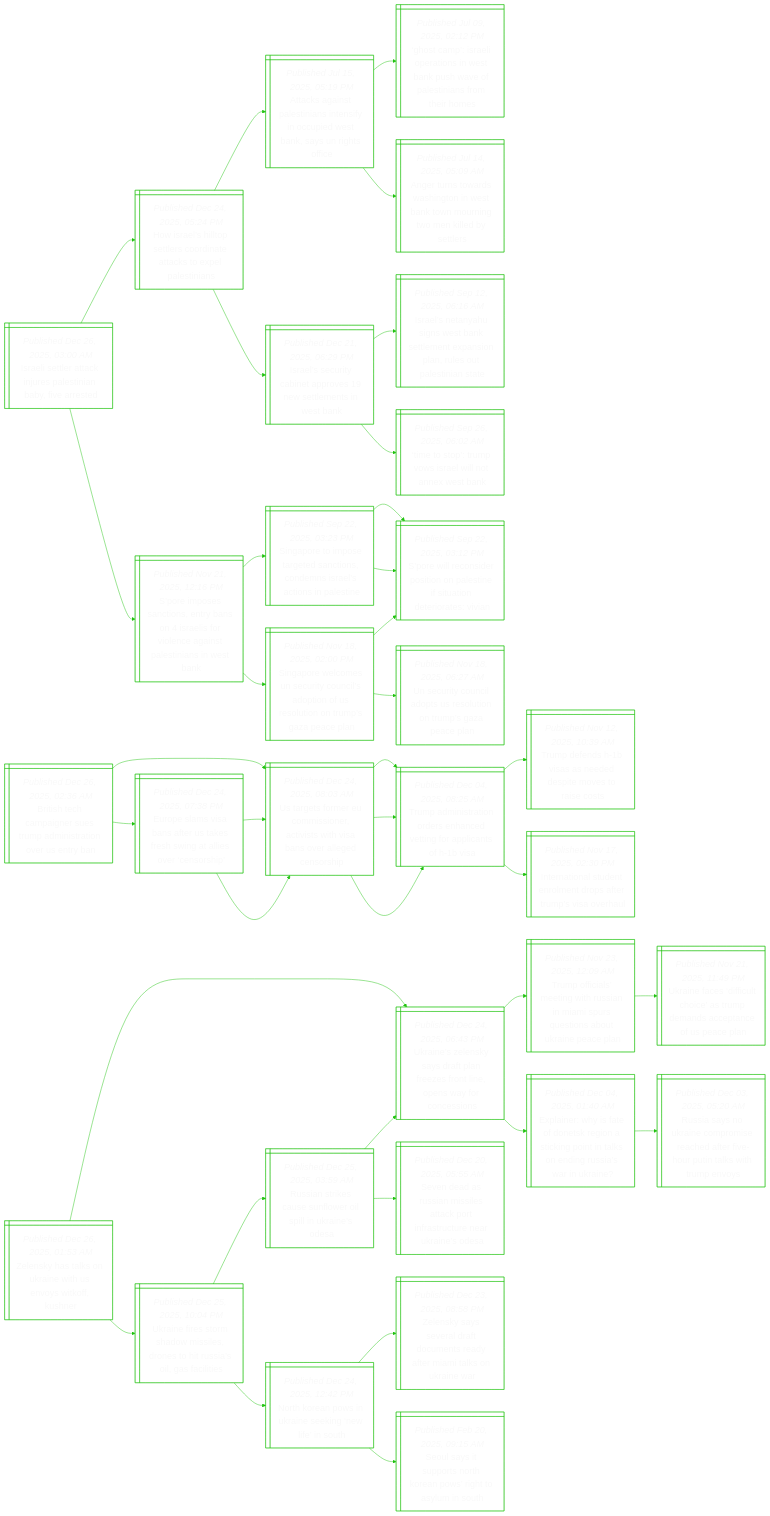
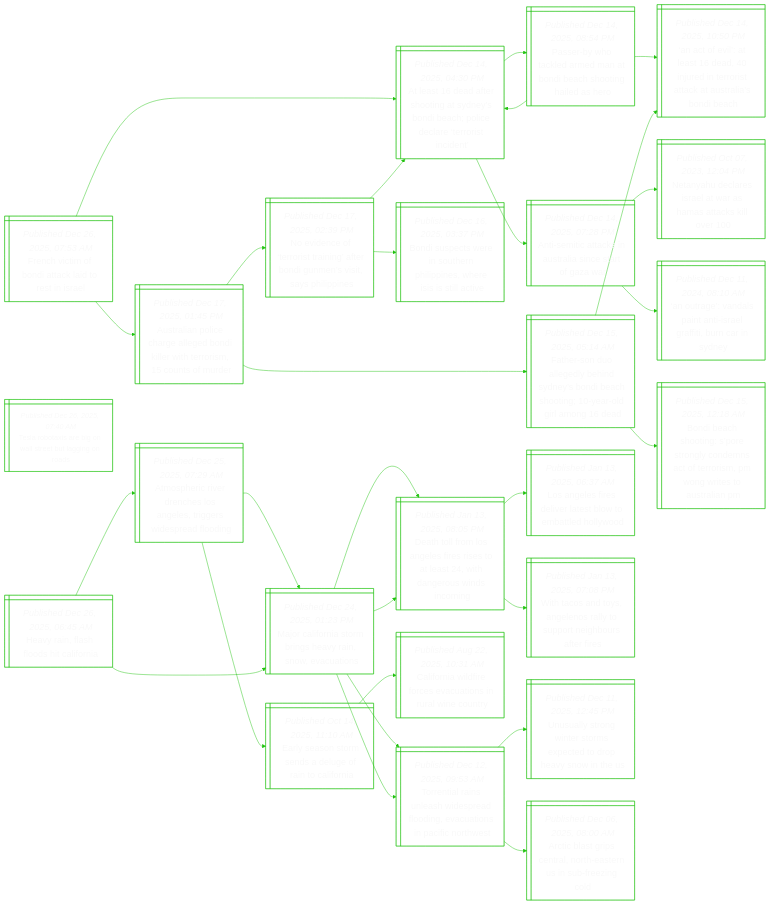
Before and after one commit to notJmes/notJmes: the diagram in README.md, drawn with Mermaid. The commit also changed other lines of this file, not shown here.

````diff
--- a/README.md
+++ b/README.md
@@ -16,121 +16,97 @@
 flowchart LR
 classDef txtsize font-size:20px;
 
-Ilttieeibes@{ shape: win-pane, label: "_Published Dec 26, 2025, 03:00 AM_
-Israeli settler attack injures palestinian baby, five arrested" }
-Hrhotciakxais@{ shape: win-pane, label: "_Published Dec 24, 2025, 05:24 PM_
-How israel’s hilltop settlers coordinate attacks to expel palestinians" }
-AkiaisniuWayioe@{ shape: win-pane, label: "_Published Jul 15, 2025, 05:19 PM_
-Attacks against palestinians intensify in occupied west bank, says un rights office" }
-Gcsiasskwfsaoie@{ shape: win-pane, label: "_Published Jul 09, 2025, 02:12 PM_
-‘ghost camp’: israeli operations in west bank push wave of palestinians from their homes" }
-Attdhoennnwkdts@{ shape: win-pane, label: "_Published Jul 14, 2025, 05:09 AM_
-Anger turns towards washington in west bank town mourning two men killed by settlers" }
-IluCerntenB@{ shape: win-pane, label: "_Published Dec 21, 2025, 06:29 PM_
-Israel’s security cabinet approves 19 new settlements in west bank" }
-IlausBemxiaePtne@{ shape: win-pane, label: "_Published Sep 12, 2025, 06:16 AM_
-Israel’s netanyahu signs west bank settlement expansion plan, rules out palestinian state" }
-ToTvswoet@{ shape: win-pane, label: "_Published Sep 26, 2025, 06:02 AM_
-‘time to stop’: trump vows israel will not annex west bank" }
-Siecsyoafoenlnit@{ shape: win-pane, label: "_Published Nov 21, 2025, 12:16 PM_
-S’pore imposes sanctions, entry bans on 4 israelis for violence against palestinians in west bank" }
-Sposgsionacsln@{ shape: win-pane, label: "_Published Sep 22, 2025, 03:23 PM_
-Singapore to impose targeted sanctions, condemns israel’s actions in palestine" }
-Sweiooaisteosa@{ shape: win-pane, label: "_Published Sep 22, 2025, 03:12 PM_
-S’pore will reconsider position on palestine if situation deteriorates: vivian" }
-Sweiooaisteosa@{ shape: win-pane, label: "_Published Sep 22, 2025, 03:12 PM_
-S’pore will reconsider position on palestine if situation deteriorates: vivian" }
-SpeeetnaiUoorGel@{ shape: win-pane, label: "_Published Nov 18, 2025, 02:00 PM_
-Singapore welcomes un security council’s adoption of us resolution on trump’s gaza peace plan" }
-UuCipruomzcn@{ shape: win-pane, label: "_Published Nov 18, 2025, 06:27 AM_
-Un security council adopts us resolution on trump’s gaza peace plan" }
-Sweiooaisteosa@{ shape: win-pane, label: "_Published Sep 22, 2025, 03:12 PM_
-S’pore will reconsider position on palestine if situation deteriorates: vivian" }
+Fhiotloia@{ shape: win-pane, label: "_Published Dec 26, 2025, 07:53 AM_
+French victim of bondi attack laid to rest in israel" }
+Asdrttenaleeoie@{ shape: win-pane, label: "_Published Dec 14, 2025, 04:30 PM_
+At least 16 dead after shooting at sydney’s bondi beach; police declare ‘terrorist incident’" }
+Prolmnnaogee@{ shape: win-pane, label: "_Published Dec 14, 2025, 08:54 PM_
+Passer-by who tackled armed man at bondi beach shooting hailed as hero" }
+Asdrttenaleeoie@{ shape: win-pane, label: "_Published Dec 14, 2025, 04:30 PM_
+At least 16 dead after shooting at sydney’s bondi beach; police declare ‘terrorist incident’" }
+Aolaaunoaksina@{ shape: win-pane, label: "_Published Dec 14, 2025, 10:50 PM_
+‘an act of evil’: at least 16 dead, 40 injured in terrorist attack at australia’s bondi beach" }
+AeccAaitfw@{ shape: win-pane, label: "_Published Dec 14, 2025, 07:28 PM_
+Anti-semitic attacks in australia since start of gaza war" }
+NyeeawHakl@{ shape: win-pane, label: "_Published Oct 07, 2023, 12:04 PM_
+Netanyahu declares israel at war as hamas attacks kill over 100" }
+ArastIlfurd@{ shape: win-pane, label: "_Published Dec 11, 2024, 08:10 AM_
+‘an outrage’: vandals paint anti-israel graffiti, burn car in sydney" }
+Aapegeoiweiufe@{ shape: win-pane, label: "_Published Dec 17, 2025, 01:45 PM_
+Australian police charge alleged bondi killer with terrorism, 15 counts of murder" }
+Frueynnoehnrioa@{ shape: win-pane, label: "_Published Dec 15, 2025, 05:14 AM_
+Father-son duo allegedly behind sydney’s bondi beach shooting; 10-year-old girl among 16 dead" }
+Aolaaunoaksina@{ shape: win-pane, label: "_Published Dec 14, 2025, 10:50 PM_
+‘an act of evil’: at least 16 dead, 40 injured in terrorist attack at australia’s bondi beach" }
+BBsioryeceiWrtta@{ shape: win-pane, label: "_Published Dec 15, 2025, 12:18 AM_
+Bondi beach shooting: s’pore strongly condemns act of terrorism, pm wong writes to australian pm" }
+NdortnfoustPps@{ shape: win-pane, label: "_Published Dec 17, 2025, 02:39 PM_
+No evidence of ‘terrorist training’ after bondi gunmen’s visit, says philippines" }
+Asdrttenaleeoie@{ shape: win-pane, label: "_Published Dec 14, 2025, 04:30 PM_
+At least 16 dead after shooting at sydney’s bondi beach; police declare ‘terrorist incident’" }
+BscrorlneItc@{ shape: win-pane, label: "_Published Dec 16, 2025, 03:37 PM_
+Bondi suspects were in southern philippines, where isis is still active" }
 
-Ilttieeibes:::txtsize --> Hrhotciakxais:::txtsize
-Hrhotciakxais:::txtsize --> AkiaisniuWayioe:::txtsize
-AkiaisniuWayioe:::txtsize --> Gcsiasskwfsaoie:::txtsize
-AkiaisniuWayioe:::txtsize --> Attdhoennnwkdts:::txtsize
-Hrhotciakxais:::txtsize --> IluCerntenB:::txtsize
-IluCerntenB:::txtsize --> IlausBemxiaePtne:::txtsize
-IluCerntenB:::txtsize --> ToTvswoet:::txtsize
-Ilttieeibes:::txtsize --> Siecsyoafoenlnit:::txtsize
-Siecsyoafoenlnit:::txtsize --> Sposgsionacsln:::txtsize
-Sposgsionacsln:::txtsize --> Sweiooaisteosa:::txtsize
-Sposgsionacsln:::txtsize --> Sweiooaisteosa:::txtsize
-Siecsyoafoenlnit:::txtsize --> SpeeetnaiUoorGel:::txtsize
-SpeeetnaiUoorGel:::txtsize --> UuCipruomzcn:::txtsize
-SpeeetnaiUoorGel:::txtsize --> Sweiooaisteosa:::txtsize
+Fhiotloia:::txtsize --> Asdrttenaleeoie:::txtsize
+Asdrttenaleeoie:::txtsize --> Prolmnnaogee:::txtsize
+Prolmnnaogee:::txtsize --> Asdrttenaleeoie:::txtsize
+Prolmnnaogee:::txtsize --> Aolaaunoaksina:::txtsize
+Asdrttenaleeoie:::txtsize --> AeccAaitfw:::txtsize
+AeccAaitfw:::txtsize --> NyeeawHakl:::txtsize
+AeccAaitfw:::txtsize --> ArastIlfurd:::txtsize
+Fhiotloia:::txtsize --> Aapegeoiweiufe:::txtsize
+Aapegeoiweiufe:::txtsize --> Frueynnoehnrioa:::txtsize
+Frueynnoehnrioa:::txtsize --> Aolaaunoaksina:::txtsize
+Frueynnoehnrioa:::txtsize --> BBsioryeceiWrtta:::txtsize
+Aapegeoiweiufe:::txtsize --> NdortnfoustPps:::txtsize
+NdortnfoustPps:::txtsize --> Asdrttenaleeoie:::txtsize
+NdortnfoustPps:::txtsize --> BscrorlneItc:::txtsize
 
-BsharTaitveb@{ shape: win-pane, label: "_Published Dec 26, 2025, 02:36 AM_
-British tech campaigner sues trump administration over us entry ban" }
-UgoEmocstaoldop@{ shape: win-pane, label: "_Published Dec 24, 2025, 08:03 AM_
-Us targets former eu commissioner, activists with visa bans over alleged censorship" }
-TaitrectfpnHa@{ shape: win-pane, label: "_Published Dec 04, 2025, 08:25 AM_
-Trump administration orders enhanced vetting for applicants of h-1b visa" }
-Tddisepooes@{ shape: win-pane, label: "_Published Nov 12, 2025, 10:39 AM_
-Trump defends h-1b visas as needed despite moves to raise costs" }
-Innuemrfrvvu@{ shape: win-pane, label: "_Published Nov 17, 2025, 02:30 PM_
-International student enrolment drops after trump’s visa overhaul" }
-EesbfSshglvnh@{ shape: win-pane, label: "_Published Dec 24, 2025, 07:38 PM_
-Europe slams visa bans after us takes fresh swing at allies over ‘censorship’" }
-UgoEmocstaoldop@{ shape: win-pane, label: "_Published Dec 24, 2025, 08:03 AM_
-Us targets former eu commissioner, activists with visa bans over alleged censorship" }
-TaitrectfpnHa@{ shape: win-pane, label: "_Published Dec 04, 2025, 08:25 AM_
-Trump administration orders enhanced vetting for applicants of h-1b visa" }
-UgoEmocstaoldop@{ shape: win-pane, label: "_Published Dec 24, 2025, 08:03 AM_
-Us targets former eu commissioner, activists with visa bans over alleged censorship" }
-TaitrectfpnHa@{ shape: win-pane, label: "_Published Dec 04, 2025, 08:25 AM_
-Trump administration orders enhanced vetting for applicants of h-1b visa" }
+TRarolelno@{ shape: win-pane, label: "_Published Dec 26, 2025, 07:40 AM_
+Tesla robotaxis are big on wall street but lagging on roads" }
 
-BsharTaitveb:::txtsize --> UgoEmocstaoldop:::txtsize
-UgoEmocstaoldop:::txtsize --> TaitrectfpnHa:::txtsize
-TaitrectfpnHa:::txtsize --> Tddisepooes:::txtsize
-TaitrectfpnHa:::txtsize --> Innuemrfrvvu:::txtsize
-BsharTaitveb:::txtsize --> EesbfSshglvnh:::txtsize
-EesbfSshglvnh:::txtsize --> UgoEmocstaoldop:::txtsize
-UgoEmocstaoldop:::txtsize --> TaitrectfpnHa:::txtsize
-EesbfSshglvnh:::txtsize --> UgoEmocstaoldop:::txtsize
-UgoEmocstaoldop:::txtsize --> TaitrectfpnHa:::txtsize
 
-ZsssrwSykur@{ shape: win-pane, label: "_Published Dec 26, 2025, 01:53 AM_
-Zelensky has talks on ukraine with us envoys witkoff, kushner" }
-Unlydprstowren@{ shape: win-pane, label: "_Published Dec 24, 2025, 06:43 PM_
-Ukraine’s zelensky says draft plan freezes front line, opens way for concessions" }
-ToiegRaipuoorpp@{ shape: win-pane, label: "_Published Nov 23, 2025, 12:09 AM_
-Trump officials’ meeting with russian in miami spurs questions about ukraine peace plan" }
-Uneftcrespepp@{ shape: win-pane, label: "_Published Nov 21, 2025, 11:49 PM_
-Ukraine faces ‘difficult choice’ as trump demands acceptance of us peace plan" }
-EihaDsitnnannsake@{ shape: win-pane, label: "_Published Dec 04, 2025, 01:40 AM_
-Explainer: why is fate of donetsk region a sticking point in talks on ending russia’s war in ukraine?" }
-Ranaomedrhuaiuv@{ shape: win-pane, label: "_Published Dec 03, 2025, 05:20 AM_
-Russia says no ukraine compromise reached after five-hour putin talks with trump envoys" }
-Unerdsseisifi@{ shape: win-pane, label: "_Published Dec 25, 2025, 10:04 PM_
-Ukraine fires storm shadow missiles, drones to hit russia’s oil, gas facilities" }
-Raiauwllrsa@{ shape: win-pane, label: "_Published Dec 25, 2025, 03:59 AM_
-Russian strikes cause sunflower oil spill in ukraine’s odesa" }
-Sdsissctacnkes@{ shape: win-pane, label: "_Published Dec 20, 2025, 05:55 AM_
-Seven dead as russian missiles attack port infrastructure near ukraine’s odesa" }
-Unlydprstowren@{ shape: win-pane, label: "_Published Dec 24, 2025, 06:43 PM_
-Ukraine’s zelensky says draft plan freezes front line, opens way for concessions" }
-NKniaegiS@{ shape: win-pane, label: "_Published Dec 24, 2025, 12:42 PM_
-North korean pows in ukraine seeking ‘new life’ in south" }
-ZsyeronatalUn@{ shape: win-pane, label: "_Published Dec 23, 2025, 08:58 PM_
-Zelensky says several draft documents ready after miami talks on ukraine war" }
-SstoooPiouo@{ shape: win-pane, label: "_Published Feb 20, 2025, 09:15 AM_
-Seoul says it supports north korean pows’ right to asylum in south" }
+Hrllhln@{ shape: win-pane, label: "_Published Dec 26, 2025, 06:45 AM_
+Heavy rain, flash floods hit california" }
+Apcrcoerreao@{ shape: win-pane, label: "_Published Dec 25, 2025, 07:29 AM_
+Atmospheric river drenches los angeles, triggers widespread flooding" }
+MCosbsysvt@{ shape: win-pane, label: "_Published Dec 24, 2025, 01:23 PM_
+Major california storm brings heavy rain, snow, evacuations" }
+Dtrslrsashewii@{ shape: win-pane, label: "_Published Jan 13, 2025, 08:05 PM_
+Death toll from los angeles fires rises to at least 24, with dangerous winds incoming" }
+TnruseaoeascNw@{ shape: win-pane, label: "_Published Dec 12, 2025, 09:53 AM_
+Torrential rains unleash widespread flooding, evacuations in pacific northwest" }
+Esnmsurofa@{ shape: win-pane, label: "_Published Oct 14, 2025, 11:10 AM_
+Early season storm sends a deluge of rain to california" }
+Cowirvtiaet@{ shape: win-pane, label: "_Published Aug 22, 2025, 10:31 AM_
+California wildfire forces evacuations in rural wine country" }
+MCosbsysvt@{ shape: win-pane, label: "_Published Dec 24, 2025, 01:23 PM_
+Major california storm brings heavy rain, snow, evacuations" }
+Dtrslrsashewii@{ shape: win-pane, label: "_Published Jan 13, 2025, 08:05 PM_
+Death toll from los angeles fires rises to at least 24, with dangerous winds incoming" }
+Lgfdeeomllo@{ shape: win-pane, label: "_Published Jan 13, 2025, 06:37 AM_
+Los angeles fires deliver latest blow to embattled hollywood" }
+Wanslrtpeofi@{ shape: win-pane, label: "_Published Jan 13, 2025, 07:08 PM_
+With tacos and toys, angelenos rally to support neighbours after fires" }
+TnruseaoeascNw@{ shape: win-pane, label: "_Published Dec 12, 2025, 09:53 AM_
+Torrential rains unleash widespread flooding, evacuations in pacific northwest" }
+UatwrmetpyiU@{ shape: win-pane, label: "_Published Dec 11, 2025, 12:45 PM_
+Unusually strong winter storms expected to drop heavy snow in the us" }
+ActsrrsUuec@{ shape: win-pane, label: "_Published Dec 06, 2025, 08:00 AM_
+Arctic blast grips central, north-eastern us in sub-freezing cold" }
 
-ZsssrwSykur:::txtsize --> Unlydprstowren:::txtsize
-Unlydprstowren:::txtsize --> ToiegRaipuoorpp:::txtsize
-ToiegRaipuoorpp:::txtsize --> Uneftcrespepp:::txtsize
-Unlydprstowren:::txtsize --> EihaDsitnnannsake:::txtsize
-EihaDsitnnannsake:::txtsize --> Ranaomedrhuaiuv:::txtsize
-ZsssrwSykur:::txtsize --> Unerdsseisifi:::txtsize
-Unerdsseisifi:::txtsize --> Raiauwllrsa:::txtsize
-Raiauwllrsa:::txtsize --> Sdsissctacnkes:::txtsize
-Raiauwllrsa:::txtsize --> Unlydprstowren:::txtsize
-Unerdsseisifi:::txtsize --> NKniaegiS:::txtsize
-NKniaegiS:::txtsize --> ZsyeronatalUn:::txtsize
-NKniaegiS:::txtsize --> SstoooPiouo:::txtsize
+Hrllhln:::txtsize --> Apcrcoerreao:::txtsize
+Apcrcoerreao:::txtsize --> MCosbsysvt:::txtsize
+MCosbsysvt:::txtsize --> Dtrslrsashewii:::txtsize
+MCosbsysvt:::txtsize --> TnruseaoeascNw:::txtsize
+Apcrcoerreao:::txtsize --> Esnmsurofa:::txtsize
+Esnmsurofa:::txtsize --> Cowirvtiaet:::txtsize
+Hrllhln:::txtsize --> MCosbsysvt:::txtsize
+MCosbsysvt:::txtsize --> Dtrslrsashewii:::txtsize
+Dtrslrsashewii:::txtsize --> Lgfdeeomllo:::txtsize
+Dtrslrsashewii:::txtsize --> Wanslrtpeofi:::txtsize
+MCosbsysvt:::txtsize --> TnruseaoeascNw:::txtsize
+TnruseaoeascNw:::txtsize --> UatwrmetpyiU:::txtsize
+TnruseaoeascNw:::txtsize --> ActsrrsUuec:::txtsize
 
 ```
````
